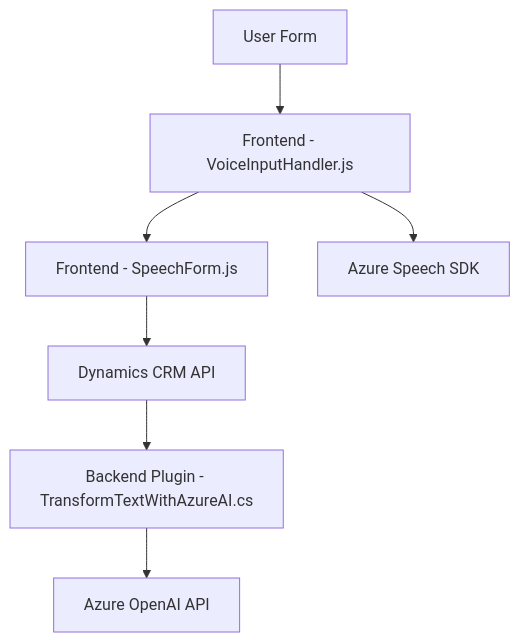
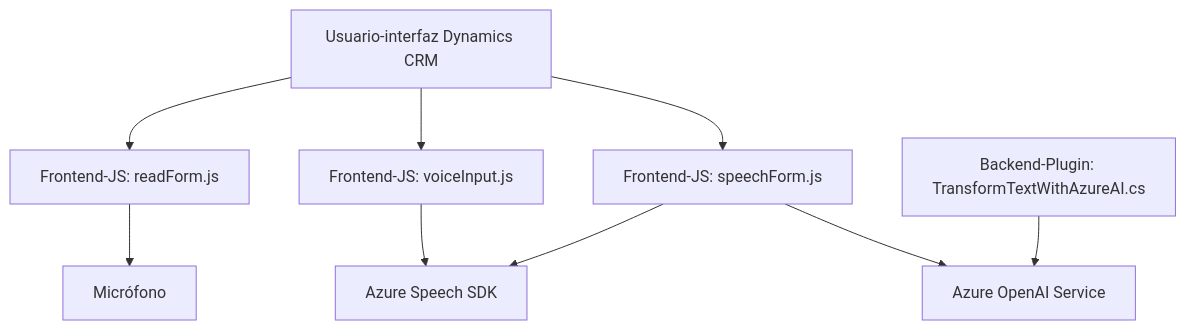
One commit to blopezdm/NETCORE_BILBAO2025 changed the diagram in README.md. Above: the diagram before and after it, drawn with Mermaid. The commit also changed other lines of this file, not shown here.

````diff
--- a/README.md
+++ b/README.md
@@ -24,17 +42,20 @@
 ```mermaid
 graph TD
-    A["Frontend - VoiceInputHandler.js"]
-    B["Frontend - SpeechForm.js"]
-    C["Backend Plugin - TransformTextWithAzureAI.cs"]
-    D["Azure Speech SDK"]
-    E["Dynamics CRM API"]
-    F["Azure OpenAI API"]
-    G["User Form"]
+    A["Usuario-interfaz Dynamics CRM"]
+    B["Frontend-JS: readForm.js"]
+    C["Frontend-JS: voiceInput.js"]
+    D["Frontend-JS: speechForm.js"]
+    E["Backend-Plugin: TransformTextWithAzureAI.cs"]
+    F["Azure Speech SDK"]
+    G["Azure OpenAI Service"]
+    H["Micrófono"]
 
-    G --> A
     A --> B
-    B --> E
-    E --> C
+    A --> C
+    A --> D
+    D --> F
     C --> F
-    A --> D
+    D --> G
+    B --> H
+    E --> G
 ```
````
